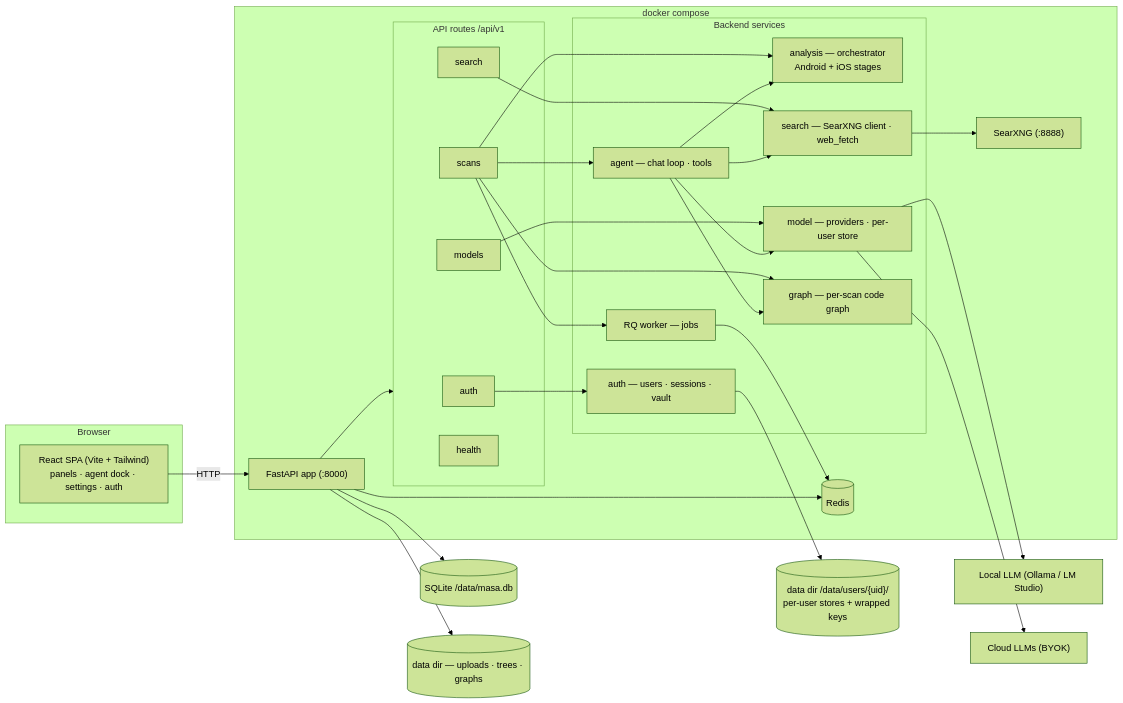
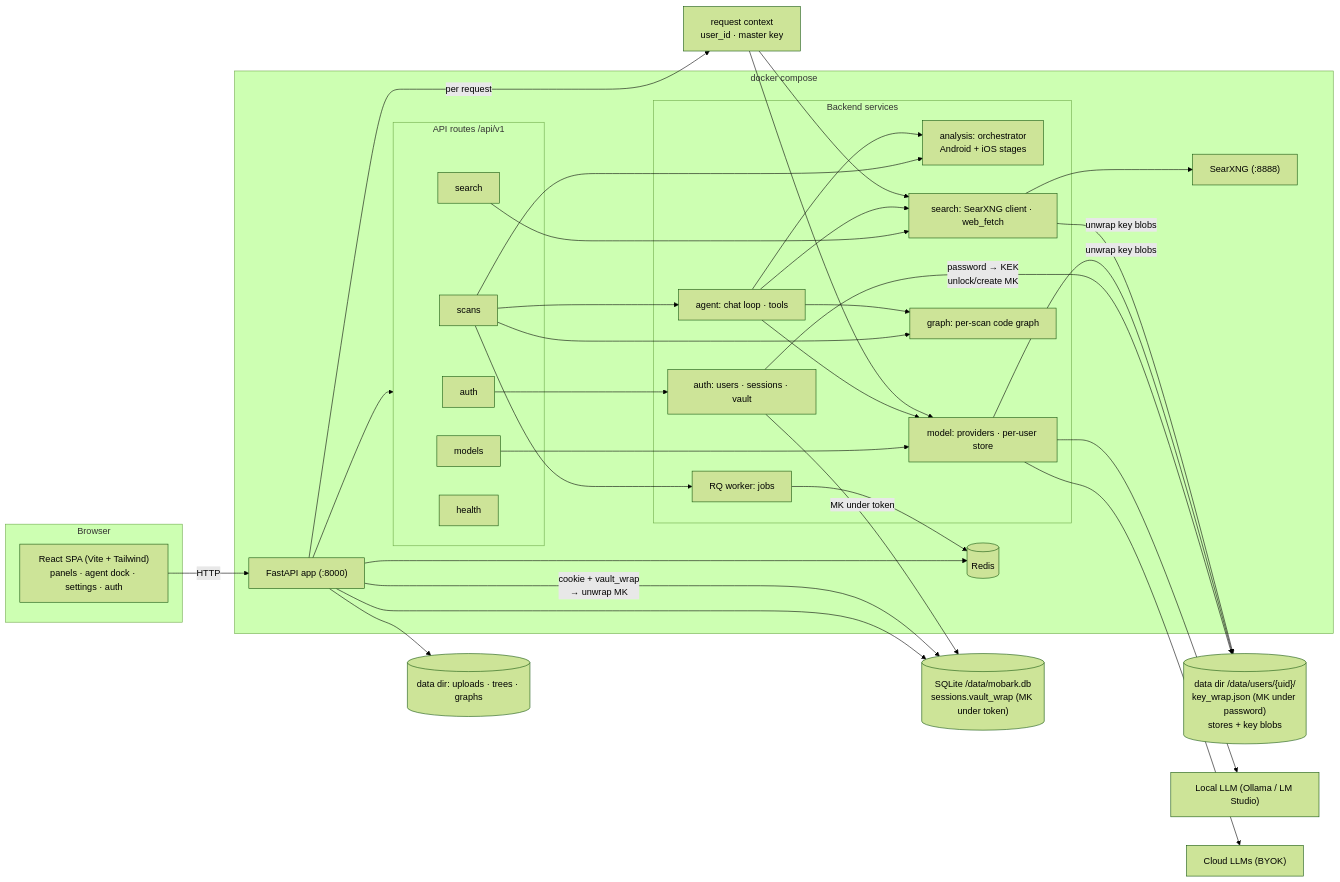
The diagram in site/docs/architecture.md (suwasto/MobARK), drawn with Mermaid (forest theme) before and after one commit. The commit also changed other lines of this file and 122 other files, not shown here.

````diff
--- a/site/docs/architecture.md
+++ b/site/docs/architecture.md
@@ -7,47 +7,54 @@
 ```mermaid
 flowchart LR
     subgraph Browser["Browser"]
         SPA["React SPA (Vite + Tailwind)<br/>panels · agent dock · settings · auth"]
     end
 
     subgraph Compose["docker compose"]
         API["FastAPI app (:8000)"]
         subgraph Routes["API routes /api/v1"]
             R_AUTH["auth"]
             R_SCANS["scans"]
             R_MODELS["models"]
             R_SEARCH["search"]
             R_HEALTH["health"]
         end
         subgraph Services["Backend services"]
-            AGENT["agent — chat loop · tools"]
-            ANALYSIS["analysis — orchestrator<br/>Android + iOS stages"]
-            MODEL["model — providers · per-user store"]
-            SEARCHSVC["search — SearXNG client · web_fetch"]
-            GRAPH["graph — per-scan code graph"]
-            AUTH["auth — users · sessions · vault"]
-            WORKER["RQ worker — jobs"]
+            AGENT["agent: chat loop · tools"]
+            ANALYSIS["analysis: orchestrator<br/>Android + iOS stages"]
+            MODEL["model: providers · per-user store"]
+            SEARCHSVC["search: SearXNG client · web_fetch"]
+            GRAPH["graph: per-scan code graph"]
+            AUTH["auth: users · sessions · vault"]
+            WORKER["RQ worker: jobs"]
         end
         REDIS[("Redis")]
         SEARXNG["SearXNG (:8888)"]
     end
 
-    DB[("SQLite /data/masa.db")]
-    FILES[("data dir — uploads · trees · graphs")]
-    VAULT[("data dir /data/users/{uid}/<br/>per-user stores + wrapped keys")]
+    DB[("SQLite /data/mobark.db<br/>sessions.vault_wrap (MK under token)")]
+    FILES[("data dir: uploads · trees · graphs")]
+    VAULT[("data dir /data/users/{uid}/<br/>key_wrap.json (MK under password)<br/>stores + key blobs")]
+    CTX["request context<br/>user_id · master key"]
     LLM["Local LLM (Ollama / LM Studio)"]
     CLOUD["Cloud LLMs (BYOK)"]
 
     SPA -->|HTTP| API
     API --> Routes
     R_SCANS --> AGENT & ANALYSIS & GRAPH & WORKER
     R_MODELS --> MODEL
     R_SEARCH --> SEARCHSVC
     R_AUTH --> AUTH
     AGENT --> MODEL & SEARCHSVC & ANALYSIS & GRAPH
     MODEL --> LLM & CLOUD
     SEARCHSVC --> SEARXNG
     WORKER --> REDIS
     API --> REDIS & DB & FILES
-    AUTH --> VAULT
+    AUTH -->|password → KEK<br/>unlock/create MK| VAULT
+    AUTH -->|MK under token| DB
+    API -->|cookie + vault_wrap<br/>→ unwrap MK| DB
+    API -->|per request| CTX
+    CTX --> MODEL & SEARCHSVC
+    MODEL -->|unwrap key blobs| VAULT
+    SEARCHSVC -->|unwrap key blobs| VAULT
 ```
````
